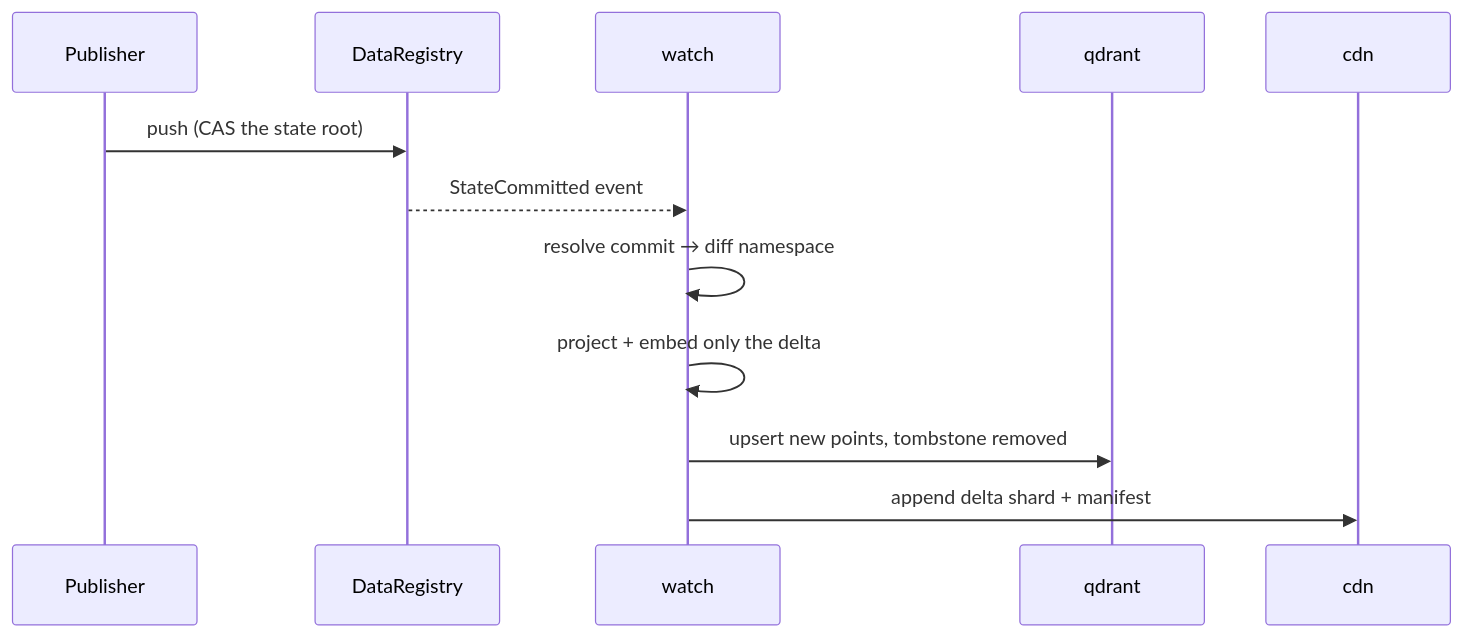
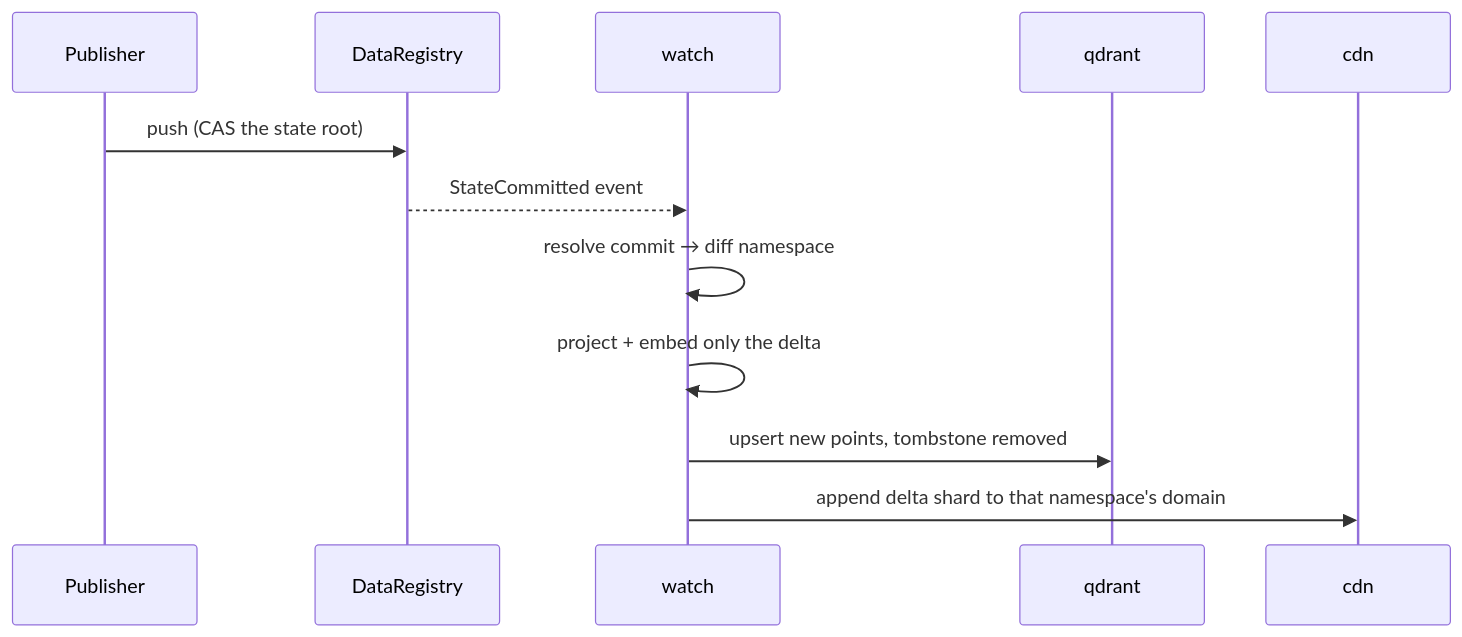
Before and after one commit to fangorn-network/quickbeam: the second of 2 diagrams in DOCKER-README.md, drawn with Mermaid. The commit also changed other lines of this file and 12 other files, not shown here.

````diff
--- a/DOCKER-README.md
+++ b/DOCKER-README.md
@@ -63,14 +62,14 @@
 ```mermaid
 sequenceDiagram
     participant P as Publisher
     participant CH as DataRegistry
     participant W as watch
     participant Q as qdrant
     participant C as cdn
     P->>CH: push (CAS the state root)
     CH-->>W: StateCommitted event
     W->>W: resolve commit → diff namespace
     W->>W: project + embed only the delta
     W->>Q: upsert new points, tombstone removed
-    W->>C: append delta shard + manifest
+    W->>C: append delta shard to that namespace's domain
 ```
````
